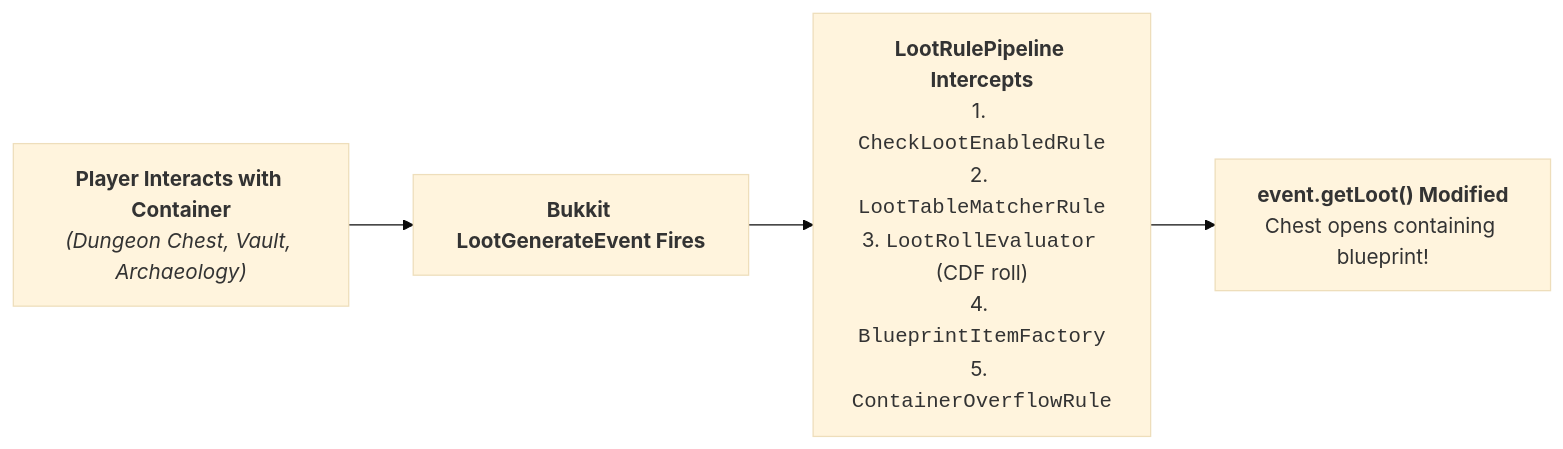
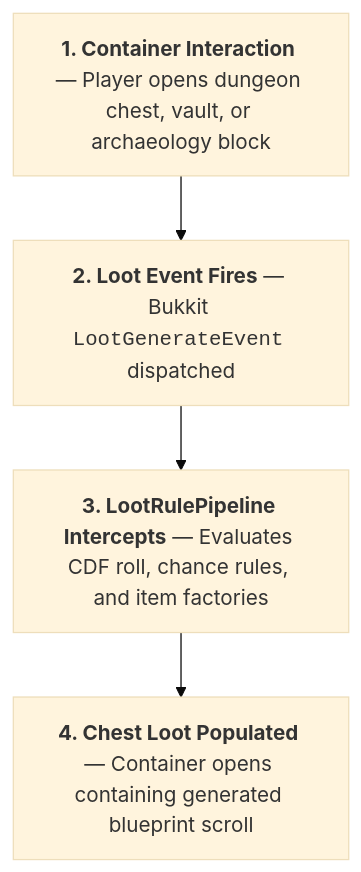
Before and after one commit to XZtotal/CraftingBlueprints-Wiki: the first of 2 diagrams in docs/operations/world-loot-tables.md, drawn with Mermaid (base theme). The commit also changed other lines of this file and 31 other files, not shown here.

Commit message:
style(docs): optimize diagram proportions, center all diagrams, and fix table padding

````diff
--- a/docs/operations/world-loot-tables.md
+++ b/docs/operations/world-loot-tables.md
@@ -15,9 +15,7 @@
 ```mermaid
-flowchart LR
-    Player["<b>Player Interacts with Container</b><br/><i>(Dungeon Chest, Vault, Archaeology)</i>"]
-    Event["<b>Bukkit LootGenerateEvent Fires</b>"]
-    Pipeline["<b>LootRulePipeline Intercepts</b><br/>1. <code>CheckLootEnabledRule</code><br/>2. <code>LootTableMatcherRule</code><br/>3. <code>LootRollEvaluator</code> (CDF roll)<br/>4. <code>BlueprintItemFactory</code><br/>5. <code>ContainerOverflowRule</code>"]
-    Loot["<b>event.getLoot() Modified</b><br/>Chest opens containing blueprint!"]
-
-    Player --> Event --> Pipeline --> Loot
+flowchart TD
+    Player["<b>1. Container Interaction</b> — Player opens dungeon chest, vault, or archaeology block"]
+    --> Event["<b>2. Loot Event Fires</b> — Bukkit <code>LootGenerateEvent</code> dispatched"]
+    --> Pipeline["<b>3. LootRulePipeline Intercepts</b> — Evaluates CDF roll, chance rules, and item factories"]
+    --> Loot["<b>4. Chest Loot Populated</b> — Container opens containing generated blueprint scroll"]
 ```
````
